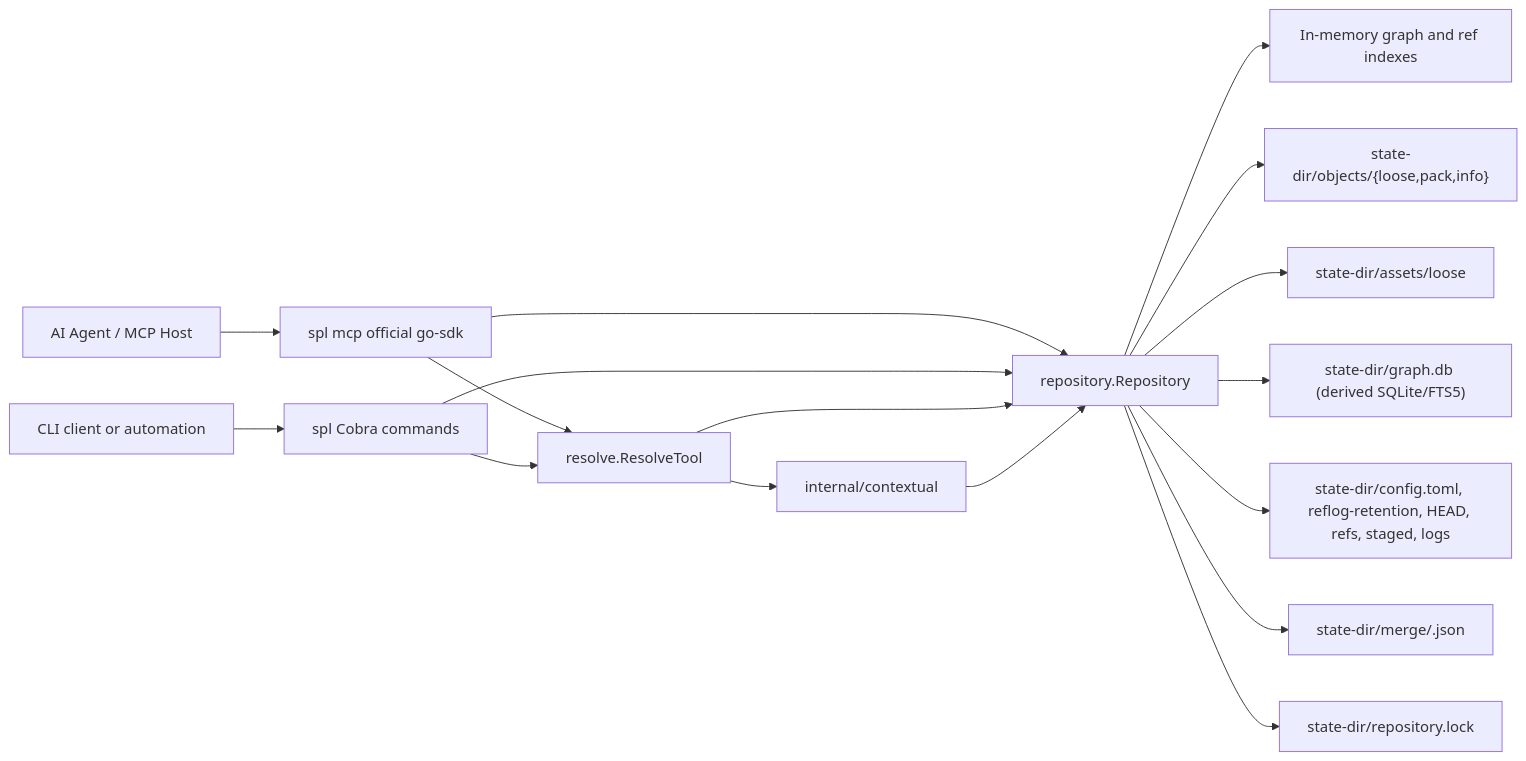
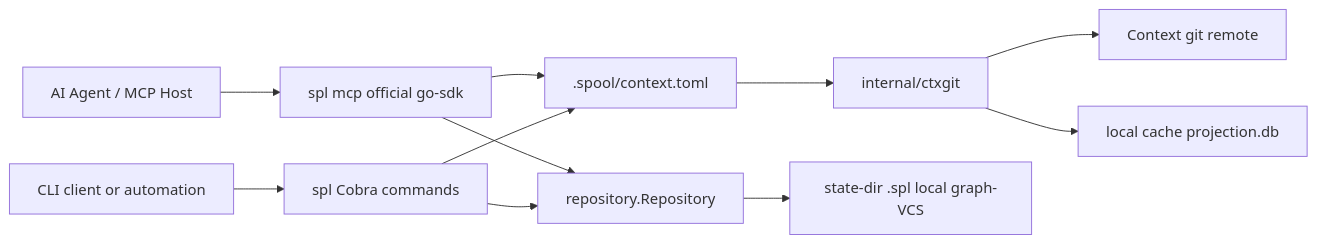
One commit to autonomous-bits/spool changed the diagram in docs/architecture.md. Above: the diagram before and after it, drawn with Mermaid. The commit also changed other lines of this file and 25 other files, not shown here.

First line of the commit message:
Bind N code repos to one context remote; retire .spl/Rack SoT

````diff
--- a/docs/architecture.md
+++ b/docs/architecture.md
@@ -13,19 +28,13 @@
 ```mermaid
 flowchart LR
     Agent[AI Agent / MCP Host] --> MCP[spl mcp official go-sdk]
     Client[CLI client or automation] --> CLI[spl Cobra commands]
+    MCP --> Bind[".spool/context.toml"]
+    CLI --> Bind
+    Bind --> CtxGit[internal/ctxgit]
+    CtxGit --> GitRemote[Context git remote]
+    CtxGit --> Projection["local cache projection.db"]
     MCP --> Repository[repository.Repository]
-    MCP --> Tool[resolve.ResolveTool]
     CLI --> Repository
-    CLI --> Tool
-    Tool --> Contextual[internal/contextual]
-    Tool --> Repository
-    Contextual --> Repository
-    Repository --> Memory[In-memory graph and ref indexes]
-    Repository --> Objects["state-dir/objects/{loose,pack,info}"]
-    Repository --> Assets["state-dir/assets/loose"]
-    Repository --> Projection["state-dir/graph.db (derived SQLite/FTS5)"]
-    Repository --> State["state-dir/config.toml, reflog-retention, HEAD, refs, staged, logs"]
-    Repository --> Merge["state-dir/merge/<hashed-branch>.json"]
-    Repository --> Lock["state-dir/repository.lock"]
+    Repository --> State["state-dir .spl local graph-VCS"]
 ```
````
